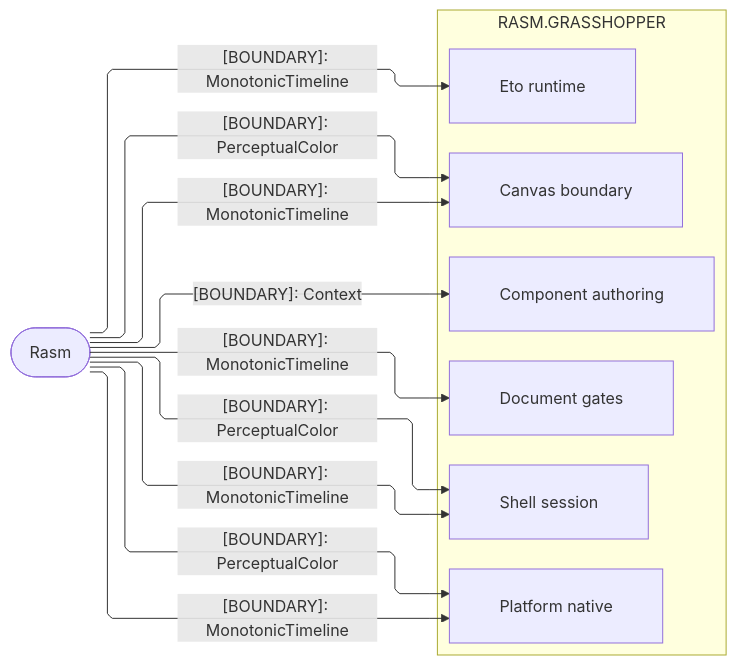
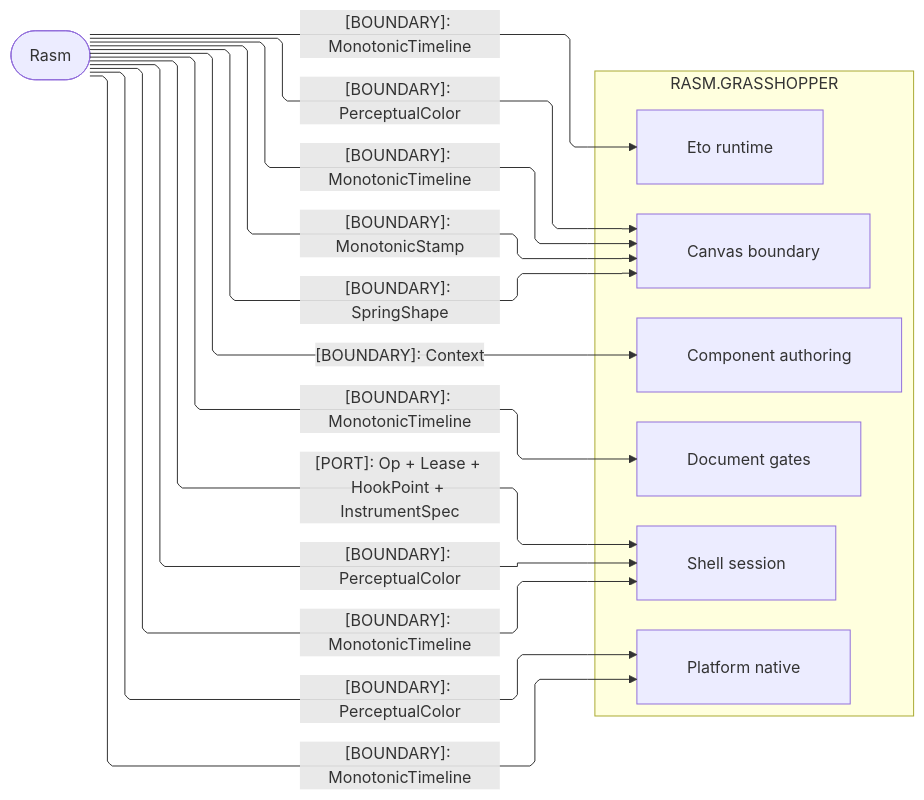
The second of 3 diagrams in libs/csharp/Rasm.Grasshopper/ARCHITECTURE.md (bsamiee/Rasm), drawn with Mermaid before and after one commit. The commit also changed 16 other files, not shown here.

````diff
--- a/libs/csharp/Rasm.Grasshopper/ARCHITECTURE.md
+++ b/libs/csharp/Rasm.Grasshopper/ARCHITECTURE.md
@@ -110,30 +110,33 @@
 ```mermaid
 ---
 config:
   layout: elk
   flowchart:
     curve: linear
     padding: 25
 ---
 flowchart LR
     accTitle: Grasshopper host-boundary kernel seams
-    accDescr: Grasshopper host-boundary sub-domain owners admitting the Rasm kernel's monotonic timing, perceptual-colour, and model-context authorities as boundary contracts, one edge per contract family labeled by kind.
+    accDescr: Grasshopper host-boundary sub-domain owners admitting the Rasm kernel's monotonic timing, motion-shape, perceptual-colour, and model-context authorities as boundary contracts plus the causal-frame port capsule, one edge per contract family labeled by kind.
     subgraph grasshopper[RASM.GRASSHOPPER]
         Canvas[Canvas boundary]
         Document[Document gates]
         Eto[Eto runtime]
         Shell[Shell session]
         Platform[Platform native]
         Components[Component authoring]
     end
     Rasm([Rasm])
     Rasm -->|"[BOUNDARY]: Context"| Components
     Rasm -->|"[BOUNDARY]: MonotonicTimeline"| Canvas
+    Rasm -->|"[BOUNDARY]: MonotonicStamp"| Canvas
+    Rasm -->|"[BOUNDARY]: SpringShape"| Canvas
     Rasm -->|"[BOUNDARY]: PerceptualColor"| Canvas
     Rasm -->|"[BOUNDARY]: MonotonicTimeline"| Document
     Rasm -->|"[BOUNDARY]: MonotonicTimeline"| Eto
     Rasm -->|"[BOUNDARY]: MonotonicTimeline"| Shell
     Rasm -->|"[BOUNDARY]: PerceptualColor"| Shell
+    Rasm -->|"[PORT]: Op + Lease + HookPoint + InstrumentSpec"| Shell
     Rasm -->|"[BOUNDARY]: MonotonicTimeline"| Platform
     Rasm -->|"[BOUNDARY]: PerceptualColor"| Platform
 ```
````
